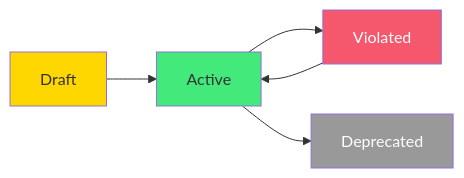
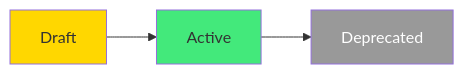
One commit to open-metadata/OpenMetadataStandards changed the third of 3 diagrams in docs/data-contracts/data-contract.md. Above: the diagram before and after it, drawn with Mermaid. The commit also changed other lines of this file and 24 other files, not shown here.

````diff
--- a/docs/data-contracts/data-contract.md
+++ b/docs/data-contracts/data-contract.md
@@ -1064,12 +980,9 @@
 ```mermaid
 graph LR
     A[Draft] --> B[Active]
-    B --> C[Violated]
-    C --> B
-    B --> D[Deprecated]
+    B --> C[Deprecated]
 
     style A fill:#ffd700,color:#333
     style B fill:#43e97b,color:#333
-    style C fill:#f5576c,color:#fff
-    style D fill:#999,color:#fff
+    style C fill:#999,color:#fff
 ```
````
